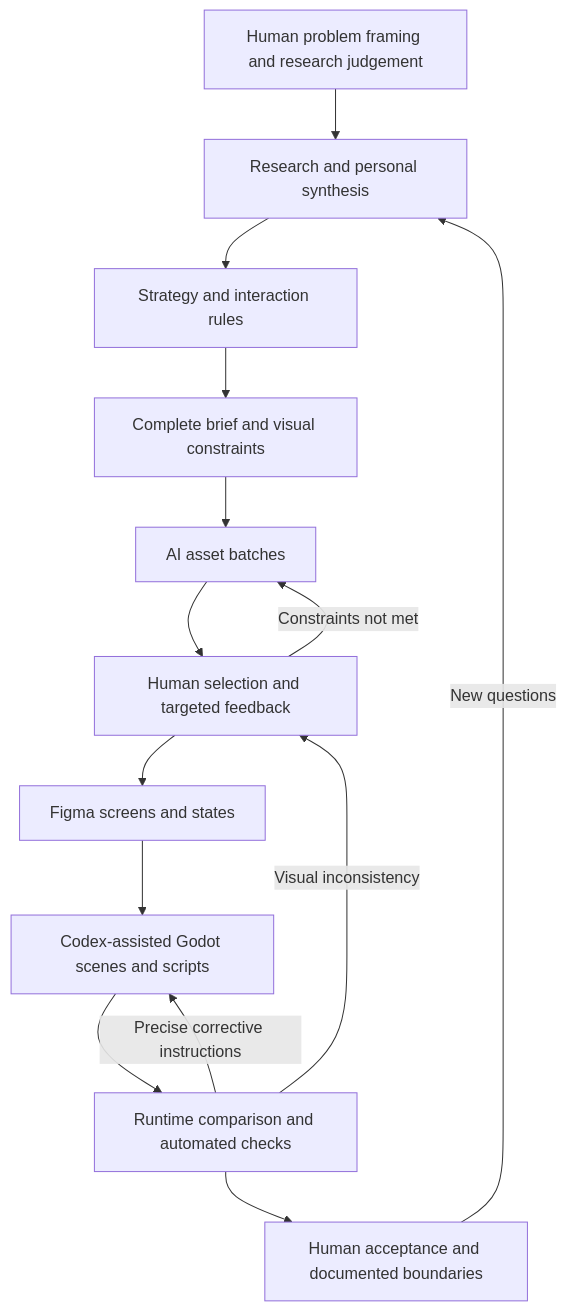
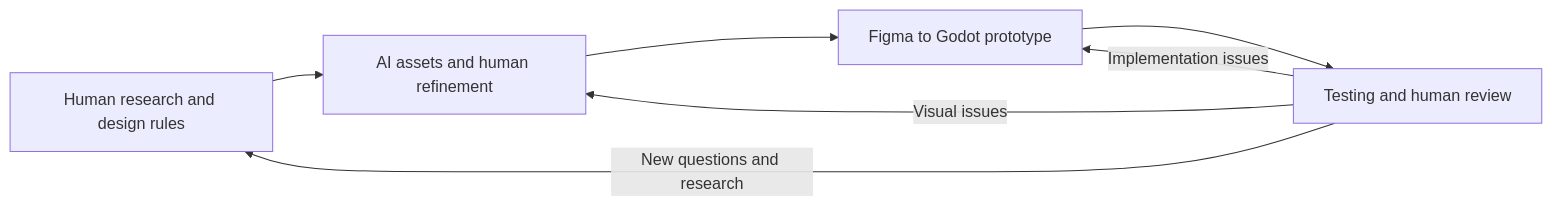
One commit to Zhiyuan-Xiong/fandazi changed the second of 2 diagrams in README_EN.md. Above: the diagram before and after it, drawn with Mermaid. The commit also changed 5 other files, not shown here.

Commit message:
记录在线发布与远端克隆验证，精简总流程图

````diff
--- a/README_EN.md
+++ b/README_EN.md
@@ -50,16 +50,9 @@
 ```mermaid
-flowchart TD
- A[Human problem framing and research judgement] --> B[Research and personal synthesis]
- B --> C[Strategy and interaction rules]
- C --> D[Complete brief and visual constraints]
- D --> E[AI asset batches]
- E --> F[Human selection and targeted feedback]
- F -->|Constraints not met| E
- F --> G[Figma screens and states]
- G --> H[Codex-assisted Godot scenes and scripts]
- H --> I[Runtime comparison and automated checks]
- I -->|Precise corrective instructions| H
- I -->|Visual inconsistency| F
- I --> J[Human acceptance and documented boundaries]
- J -->|New questions| B
+flowchart LR
+ A[Human research and design rules] --> B[AI assets and human refinement]
+ B --> C[Figma to Godot prototype]
+ C --> D[Testing and human review]
+ D -->|Implementation issues| C
+ D -->|Visual issues| B
+ D -->|New questions and research| A
 ```
````
